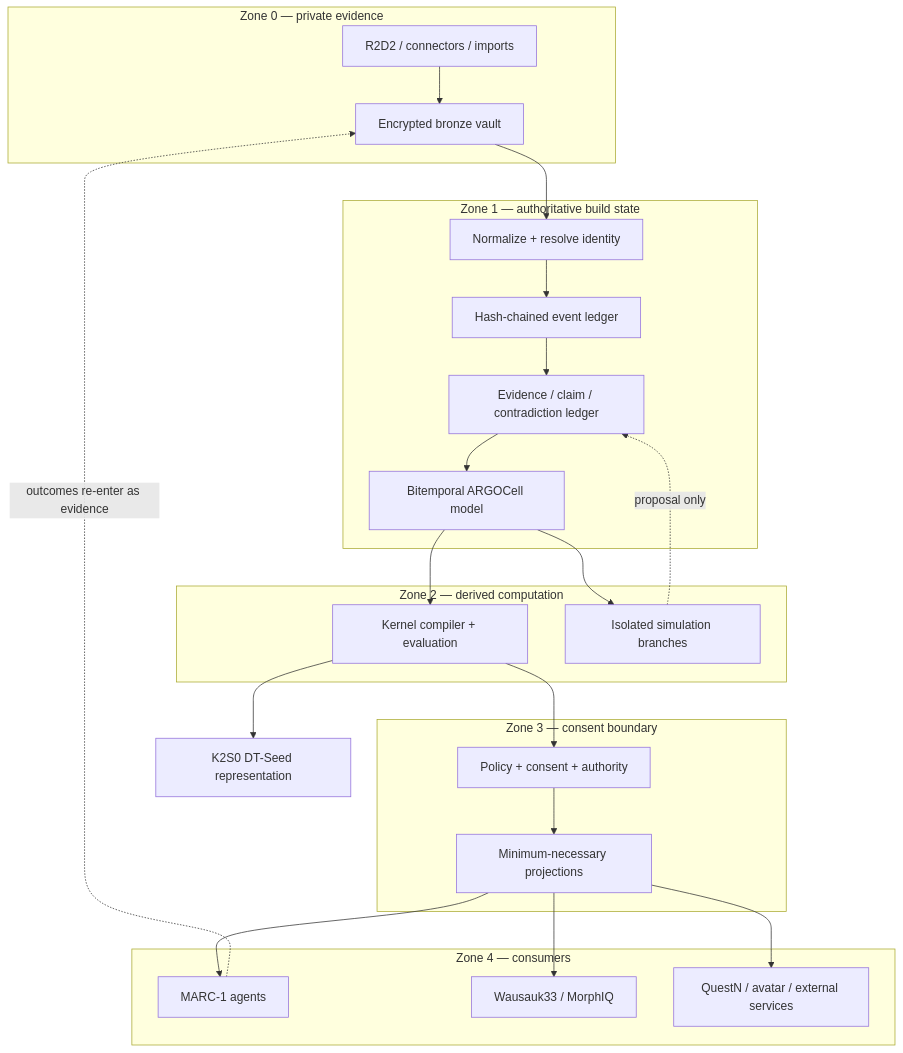
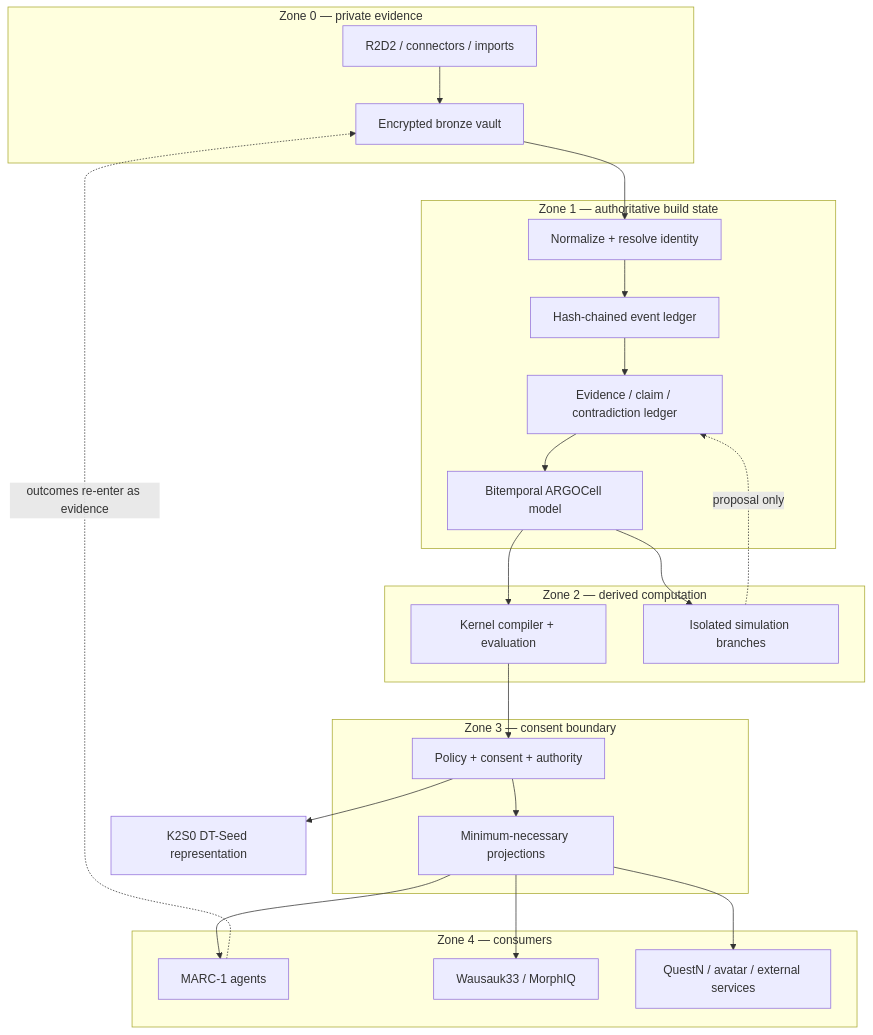
One commit to zhenrez/K2S0 changed the diagram in README.md. Above: the diagram before and after it, drawn with Mermaid. The commit also changed 2 other files, not shown here.

Commit message:
Tighten DT-3 closeout review boundaries
Route portable seed output through policy, avoid claiming unimplemented acquisition signing, and normalize roadmap section numbering.

```diff
--- a/README.md
+++ b/README.md
@@ -41,38 +41,38 @@
 ~~~mermaid
 flowchart TB
   subgraph Z0["Zone 0 — private evidence"]
     SRC["R2D2 / connectors / imports"]
     BRZ["Encrypted bronze vault"]
   end
   subgraph Z1["Zone 1 — authoritative build state"]
     ING["Normalize + resolve identity"]
     EVT["Hash-chained event ledger"]
     CLM["Evidence / claim / contradiction ledger"]
     TMP["Bitemporal ARGOCell model"]
   end
   subgraph Z2["Zone 2 — derived computation"]
     CMP["Kernel compiler + evaluation"]
     SIM["Isolated simulation branches"]
   end
   subgraph Z3["Zone 3 — consent boundary"]
     POL["Policy + consent + authority"]
     PRJ["Minimum-necessary projections"]
   end
   subgraph Z4["Zone 4 — consumers"]
     AGT["MARC-1 agents"]
     TOWN["Wausauk33 / MorphIQ"]
     UI["QuestN / avatar / external services"]
   end
 
   SEED["K2S0 DT-Seed representation"]
 
   SRC --> BRZ --> ING --> EVT --> CLM --> TMP --> CMP
   TMP --> SIM
   CMP --> POL --> PRJ
-  CMP --> SEED
+  POL --> SEED
   SIM -. "proposal only" .-> CLM
   PRJ --> AGT
   PRJ --> TOWN
   PRJ --> UI
   AGT -. "outcomes re-enter as evidence" .-> BRZ
 ~~~
```
